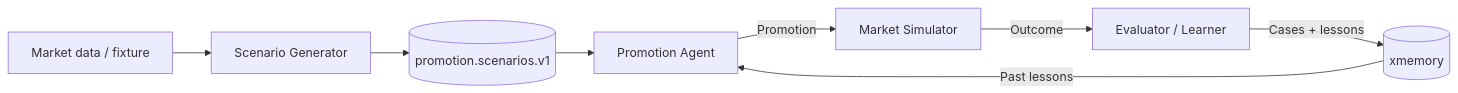
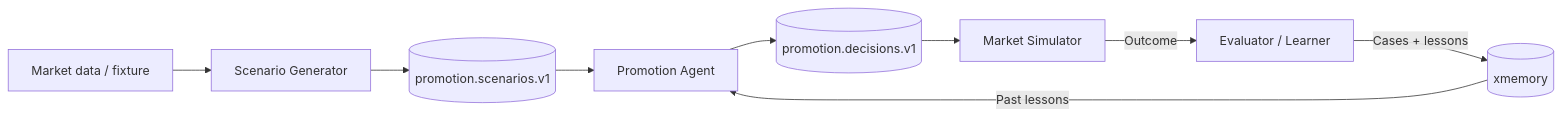
One commit to podlodka-ai-club/snowball changed the diagram in docs/architecture/high-level-architecture.mmd. Above: the diagram before and after it, drawn with Mermaid. The commit also changed 10 other files, not shown here.

Commit message:
Design Promotion Agent and decision contract

```diff
--- a/docs/architecture/high-level-architecture.mmd
+++ b/docs/architecture/high-level-architecture.mmd
@@ -1,8 +1,9 @@
 flowchart LR
     D[Market data / fixture] --> S[Scenario Generator]
-    S --> K[(promotion.scenarios.v1)]
-    K --> A[Promotion Agent]
+    S --> K1[(promotion.scenarios.v1)]
+    K1 --> A[Promotion Agent]
     X[(xmemory)] -->|Past lessons| A
-    A -->|Promotion| M[Market Simulator]
+    A --> K2[(promotion.decisions.v1)]
+    K2 --> M[Market Simulator]
     M -->|Outcome| E[Evaluator / Learner]
     E -->|Cases + lessons| X
```
